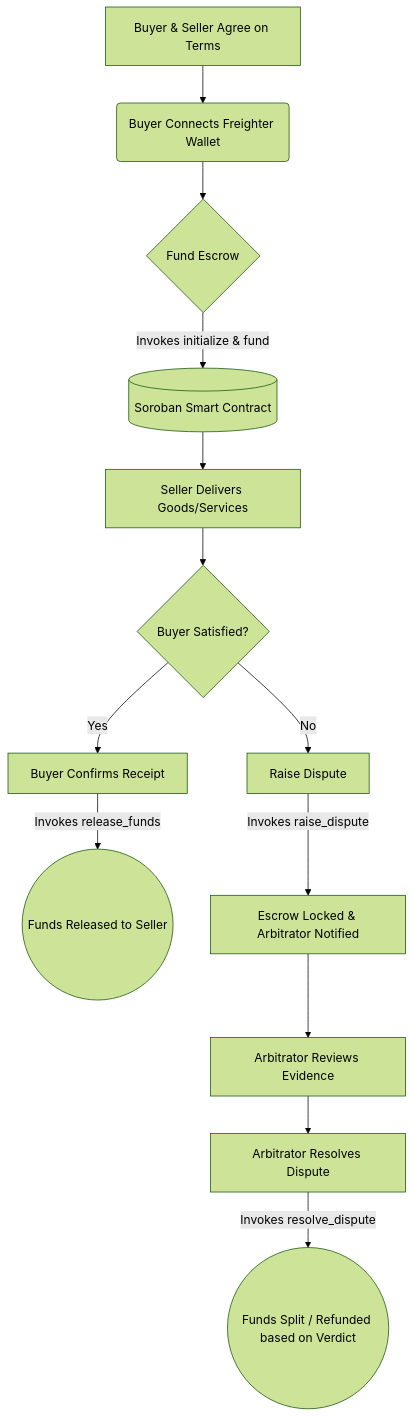
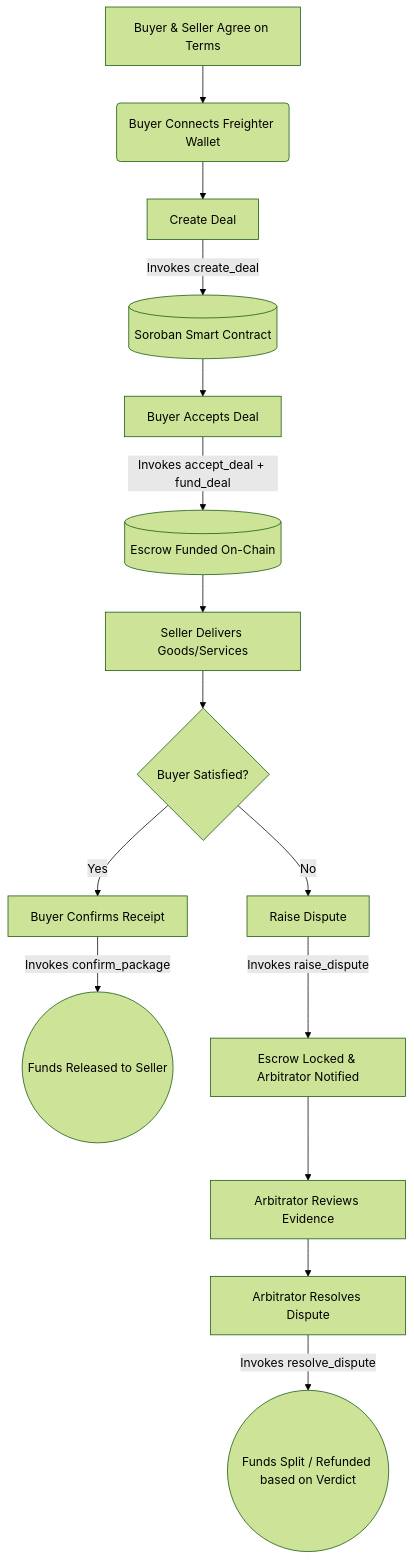
The second of 3 diagrams in README.md (thisisouvik/tradevault-stellar), drawn with Mermaid (forest theme) before and after one commit. The commit also changed other lines of this file and 23 other files, not shown here.

First line of the commit message:
feat: add arbitrator wallet to deals and implement dispute resolution logic

````diff
--- a/README.md
+++ b/README.md
@@ -96,18 +96,20 @@
 ```mermaid
 graph TD
     A[Buyer & Seller Agree on Terms] --> B(Buyer Connects Freighter Wallet)
-    B --> C{Fund Escrow}
-    C -->|Invokes initialize & fund| D[(Soroban Smart Contract)]
-    D --> E[Seller Delivers Goods/Services]
+   B --> C[Create Deal]
+   C -->|Invokes create_deal| D[(Soroban Smart Contract)]
+   D --> E[Buyer Accepts Deal]
+   E -->|Invokes accept_deal + fund_deal| F[(Escrow Funded On-Chain)]
+   F --> G[Seller Delivers Goods/Services]
     
-    E --> F{Buyer Satisfied?}
+   G --> H{Buyer Satisfied?}
     
-    F -- Yes --> G[Buyer Confirms Receipt]
-    G -->|Invokes release_funds| H((Funds Released to Seller))
+   H -- Yes --> I[Buyer Confirms Receipt]
+   I -->|Invokes confirm_package| J((Funds Released to Seller))
     
-    F -- No --> I[Raise Dispute]
-    I -->|Invokes raise_dispute| J[Escrow Locked & Arbitrator Notified]
-    J --> K[Arbitrator Reviews Evidence]
-    K --> L[Arbitrator Resolves Dispute]
-    L -->|Invokes resolve_dispute| M((Funds Split / Refunded based on Verdict))
+   H -- No --> K[Raise Dispute]
+   K -->|Invokes raise_dispute| L[Escrow Locked & Arbitrator Notified]
+   L --> M[Arbitrator Reviews Evidence]
+   M --> N[Arbitrator Resolves Dispute]
+   N -->|Invokes resolve_dispute| O((Funds Split / Refunded based on Verdict))
 ```
````
